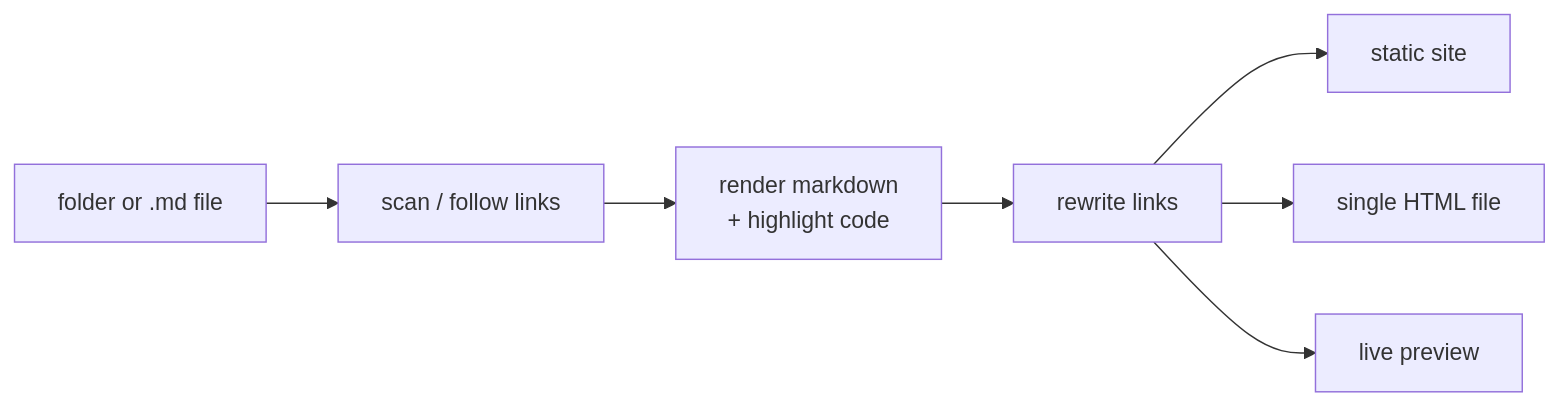
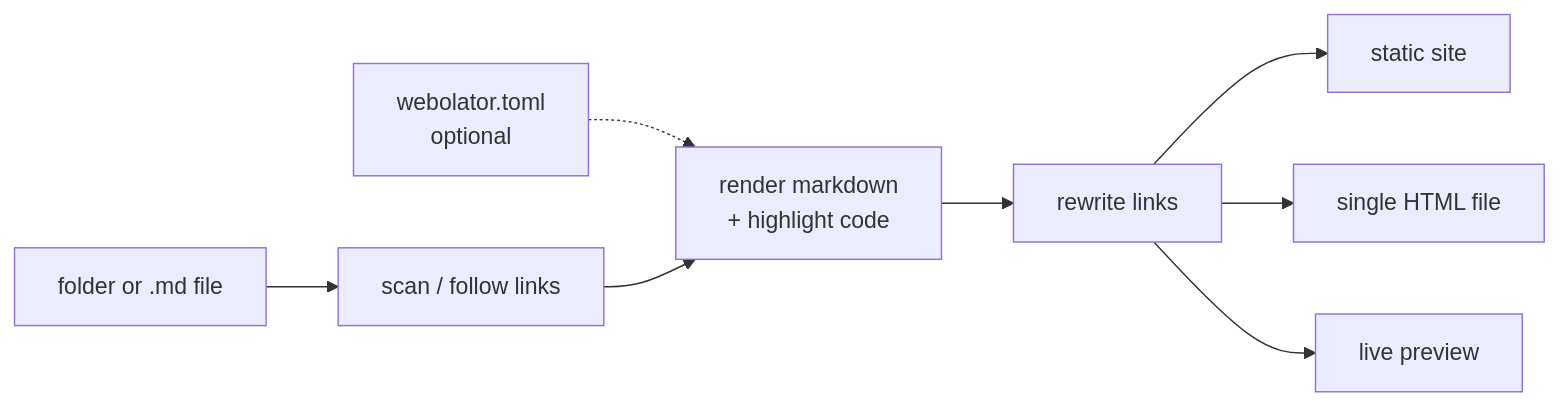
The diagram in docs/README.md (vivainio/webolator), drawn with Mermaid before and after one commit. The commit also changed other lines of this file and 5 other files, not shown here.

````diff
--- a/docs/README.md
+++ b/docs/README.md
@@ -13,9 +13,10 @@
 ```mermaid
 flowchart LR
     A[folder or .md file] --> B[scan / follow links]
+    CFG[webolator.toml<br/>optional] -.-> C
     B --> C[render markdown<br/>+ highlight code]
     C --> D[rewrite links]
     D --> E1[static site]
     D --> E2[single HTML file]
     D --> E3[live preview]
 ```
````
